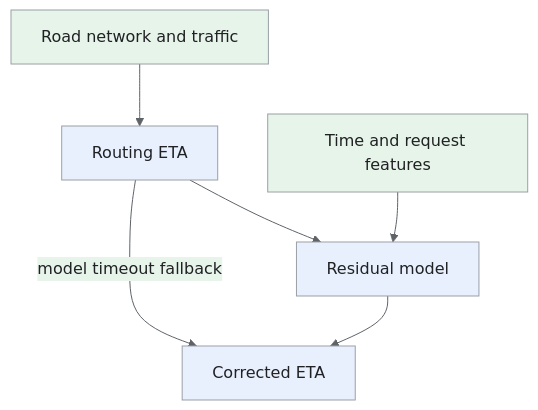
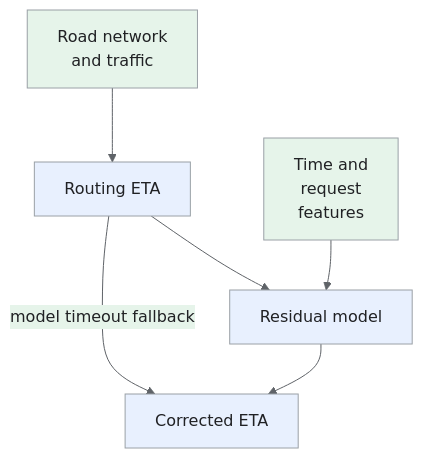
One commit to iliazlobin/iliazlobin.github.io changed the fourth of 5 diagrams in _designs/system-design-uber.md. Above: the diagram before and after it, drawn with Mermaid. The commit also changed other lines of this file and 116 other files, not shown here.

````diff
--- a/_designs/system-design-uber.md
+++ b/_designs/system-design-uber.md
@@ -332,15 +367,15 @@
 ```mermaid
-%%{init: {'theme':'base','themeVariables':{'primaryColor':'#e8f0fe','primaryTextColor':'#202124','primaryBorderColor':'#9aa0a6','lineColor':'#5f6368','secondaryColor':'#e6f4ea','tertiaryColor':'#fef7e0','actorBkg':'#e8f0fe','actorBorder':'#9aa0a6','actorTextColor':'#202124','noteBkgColor':'#fef7e0','noteTextColor':'#202124','noteBorderColor':'#9aa0a6','signalColor':'#5f6368','signalTextColor':'#202124','labelBoxBkgColor':'#fef7e0','labelBoxBorderColor':'#9aa0a6'}}}%%
+%%{init: {"theme":"base","themeVariables":{"primaryColor":"#e8f0fe","primaryBorderColor":"#9aa0a6","primaryTextColor":"#202124","secondaryColor":"#e6f4ea","tertiaryColor":"#fef7e0","lineColor":"#5f6368","actorBkg":"#e8f0fe","actorBorder":"#9aa0a6","actorTextColor":"#202124","noteBkgColor":"#fef7e0","noteBorderColor":"#9aa0a6","noteTextColor":"#202124","signalColor":"#5f6368","signalTextColor":"#202124"}}}%%
 flowchart TB
-  R[Road network and traffic] --> B[Routing ETA]
+  R["Road network<br>and traffic"] --> B[Routing ETA]
   B --> C[Residual model]
-  F[Time and request features] --> C
+  F["Time and<br>request<br>features"] --> C
   C --> E[Corrected ETA]
   B -->|model timeout fallback| E
 classDef request fill:#e8f0fe,stroke:#9aa0a6,color:#202124;
 classDef data fill:#e6f4ea,stroke:#9aa0a6,color:#202124;
 classDef control fill:#fef7e0,stroke:#9aa0a6,color:#202124;
 class B,C,E request;
 class R,F data;
 
 ```
````
